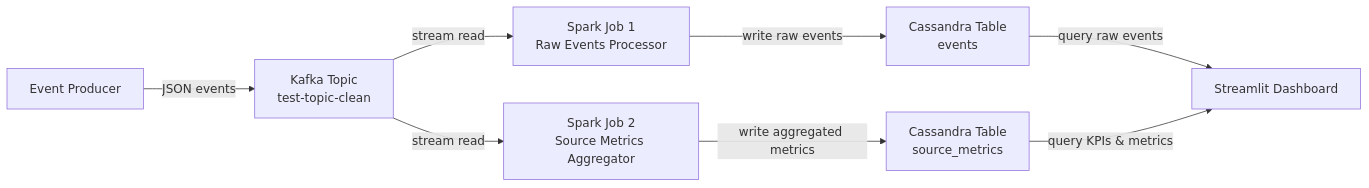
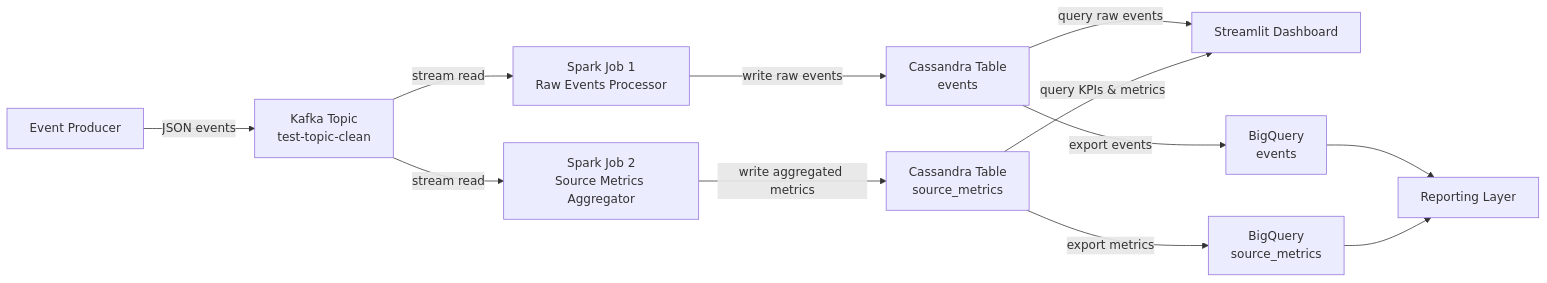
One commit to hn0629/real-time-data-engineering-pipeline changed the diagram in README.md. Above: the diagram before and after it, drawn with Mermaid. The commit also changed other lines of this file, not shown here.

Commit message:
Clarify screenshots and architecture scope in README

````diff
--- a/README.md
+++ b/README.md
@@ -26,10 +27,14 @@
 ```mermaid
 flowchart LR
     A[Event Producer] -->|JSON events| B[Kafka Topic<br/>test-topic-clean]
     B -->|stream read| C[Spark Job 1<br/>Raw Events Processor]
     B -->|stream read| D[Spark Job 2<br/>Source Metrics Aggregator]
     C -->|write raw events| E[Cassandra Table<br/>events]
     D -->|write aggregated metrics| F[Cassandra Table<br/>source_metrics]
     E -->|query raw events| G[Streamlit Dashboard]
     F -->|query KPIs & metrics| G
+    E -->|export events| H[BigQuery<br/>events]
+    F -->|export metrics| I[BigQuery<br/>source_metrics]
+    H --> J[Reporting Layer]
+    I --> J
 ```
````
